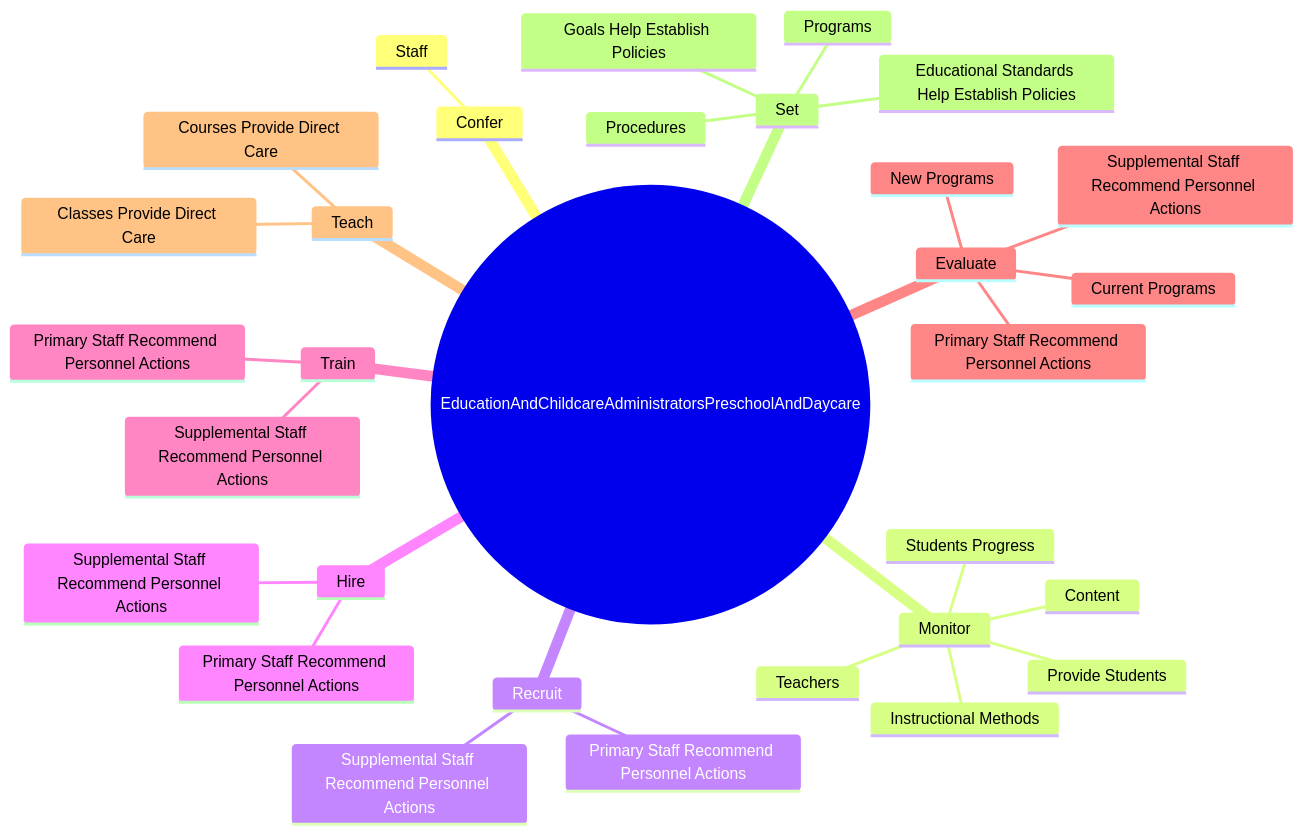
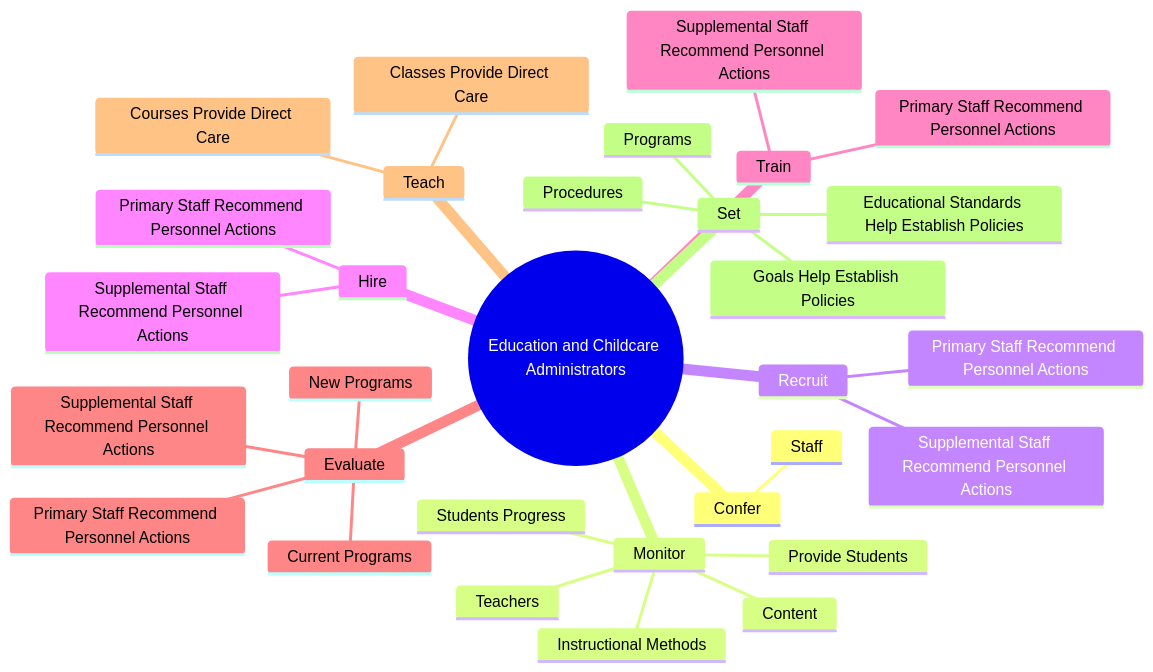
One commit to kziemski/business.org.ai changed the second of 4 diagrams in occupations/Management/EducationAndChildcareAdministratorsPreschoolAndDaycare.mdx. Above: the diagram before and after it, drawn with Mermaid. The commit also changed other lines of this file and 938 other files, not shown here.

````diff
--- a/occupations/Management/EducationAndChildcareAdministratorsPreschoolAndDaycare.mdx
+++ b/occupations/Management/EducationAndChildcareAdministratorsPreschoolAndDaycare.mdx
@@ -37,34 +45,34 @@
 ```mermaid
 mindmap
-    root(("EducationAndChildcareAdministratorsPreschoolAndDaycare"))
+    root(("Education and Childcare Administrators"))
         Confer
             Staff
         Monitor
             Students Progress
             Provide Students
             Teachers
             Instructional Methods
             Content
         Recruit
             Primary Staff Recommend Personnel Actions
             Supplemental Staff Recommend Personnel Actions
         Hire
             Primary Staff Recommend Personnel Actions
             Supplemental Staff Recommend Personnel Actions
         Train
             Primary Staff Recommend Personnel Actions
             Supplemental Staff Recommend Personnel Actions
         Evaluate
             Primary Staff Recommend Personnel Actions
             Supplemental Staff Recommend Personnel Actions
             New Programs
             Current Programs
         Teach
             Classes Provide Direct Care
             Courses Provide Direct Care
         Set
             Educational Standards Help Establish Policies
             Goals Help Establish Policies
             Procedures
             Programs
 ```
````
